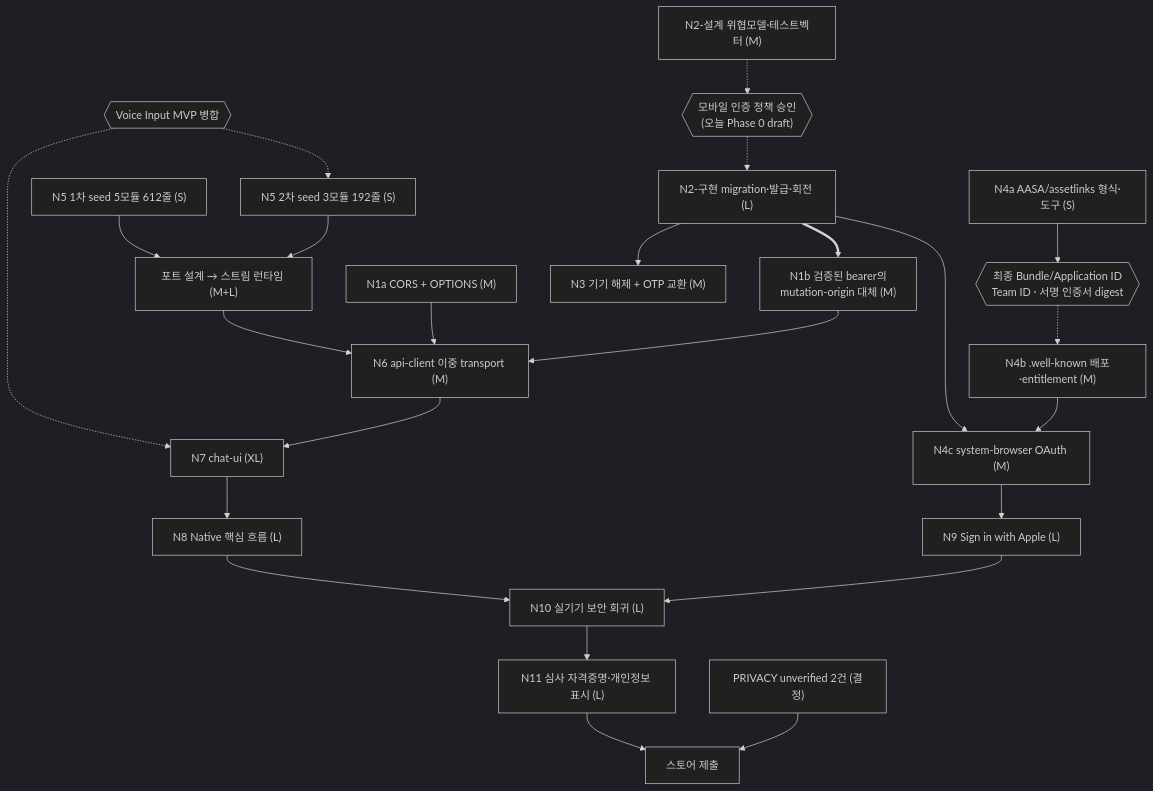
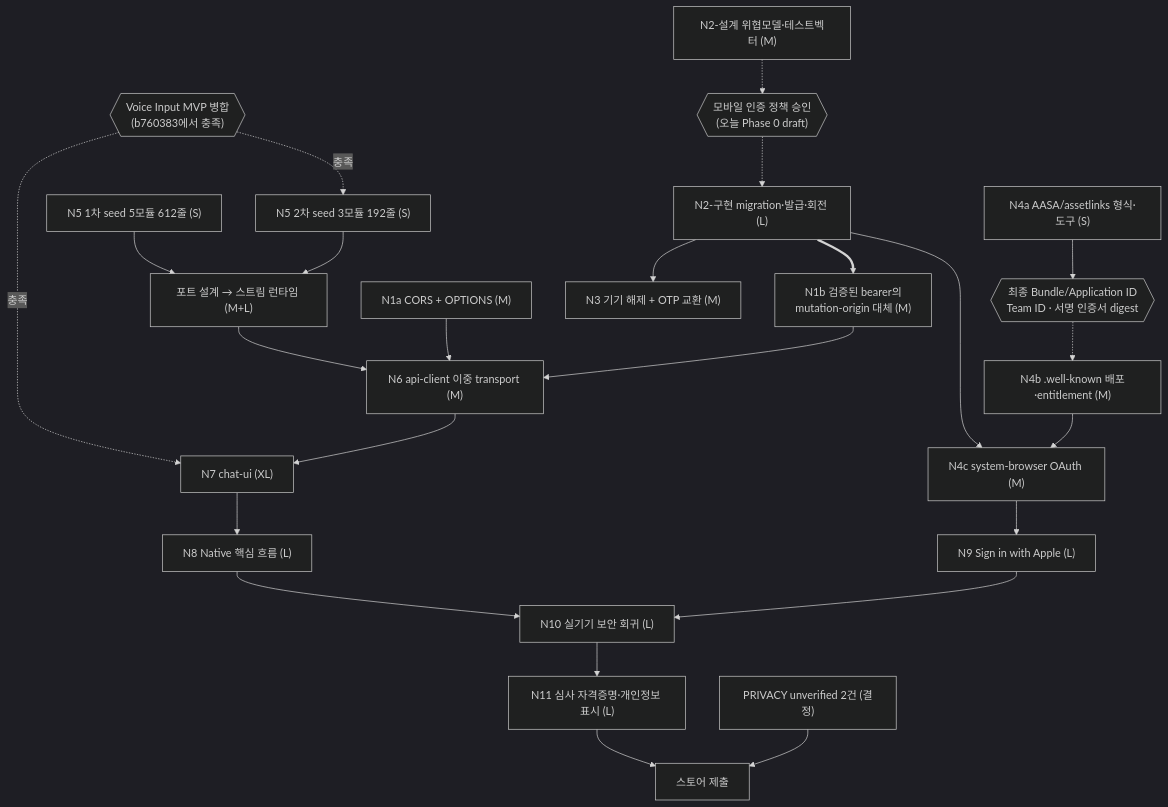
One commit to mposition/Tomverse changed the diagram in .github/audits/2026-08-30-native-mobile-readiness.md. Above: the diagram before and after it, drawn with Mermaid (dark theme). The commit also changed other lines of this file, not shown here.

First line of the commit message:
Re-baseline the native readiness report on b760383 after Voice landed

````diff
--- a/.github/audits/2026-08-30-native-mobile-readiness.md
+++ b/.github/audits/2026-08-30-native-mobile-readiness.md
@@ -410,50 +479,50 @@
 ```mermaid
 flowchart TD
     APPROVE{{"모바일 인증 정책 승인<br/>(오늘 Phase 0 draft)"}}
     IDS{{"최종 Bundle/Application ID<br/>Team ID · 서명 인증서 digest"}}
-    VOICE{{"Voice Input MVP 병합"}}
+    VOICE{{"Voice Input MVP 병합<br/>(b760383에서 충족)"}}
 
     N1A["N1a CORS + OPTIONS (M)"]
     N2D["N2-설계 위협모델·테스트벡터 (M)"]
     N2I["N2-구현 migration·발급·회전 (L)"]
     N1B["N1b 검증된 bearer의<br/>mutation-origin 대체 (M)"]
     N3["N3 기기 해제 + OTP 교환 (M)"]
     N4A["N4a AASA/assetlinks 형식·도구 (S)"]
     N4B["N4b .well-known 배포·entitlement (M)"]
     N4C["N4c system-browser OAuth (M)"]
     N5A["N5 1차 seed 5모듈 612줄 (S)"]
     N5B["N5 2차 seed 3모듈 192줄 (S)"]
     N5C["포트 설계 → 스트림 런타임 (M+L)"]
     N6["N6 api-client 이중 transport (M)"]
     N7["N7 chat-ui (XL)"]
     N8["N8 Native 핵심 흐름 (L)"]
     N9["N9 Sign in with Apple (L)"]
     N10["N10 실기기 보안 회귀 (L)"]
     N11["N11 심사 자격증명·개인정보 표시 (L)"]
     PRIV["PRIVACY unverified 2건 (결정)"]
     SUBMIT["스토어 제출"]
 
     N2D -.-> APPROVE
     APPROVE -.-> N2I
     N2I ==> N1B
     N2I --> N3
     N2I --> N4C
     N4A --> IDS
     IDS -.-> N4B
     N4B --> N4C
-    VOICE -.-> N5B
-    VOICE -.-> N7
+    VOICE -. 충족 .-> N5B
+    VOICE -. 충족 .-> N7
     N5A --> N5C
     N5B --> N5C
     N5C --> N6
     N1A --> N6
     N1B --> N6
     N6 --> N7
     N7 --> N8
     N4C --> N9
     N8 --> N10
     N9 --> N10
     N10 --> N11
     N11 --> SUBMIT
     PRIV --> SUBMIT
 ```
````
